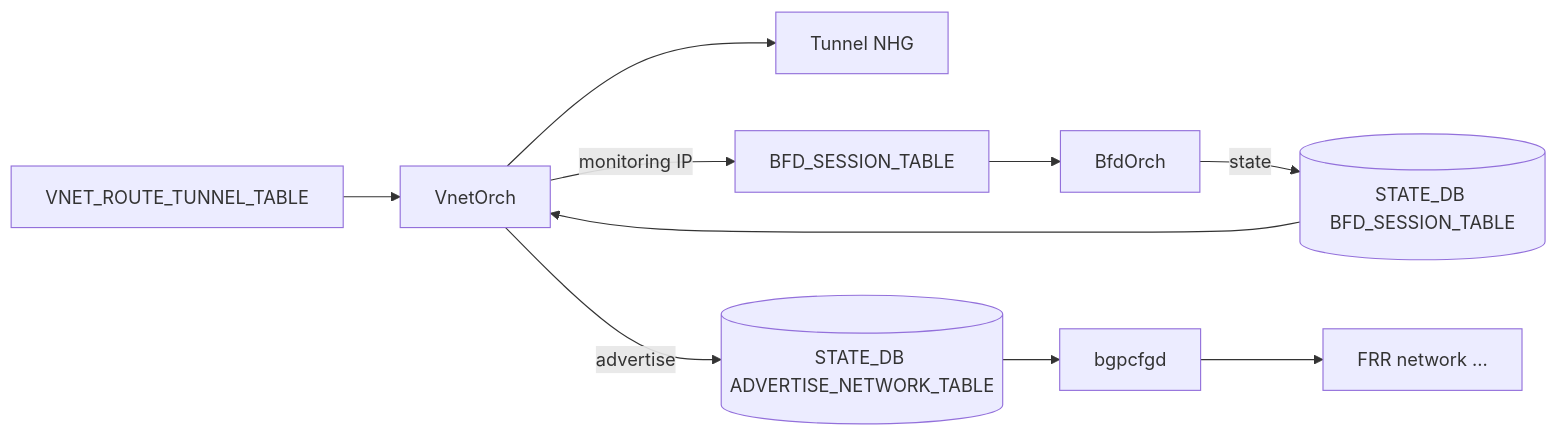
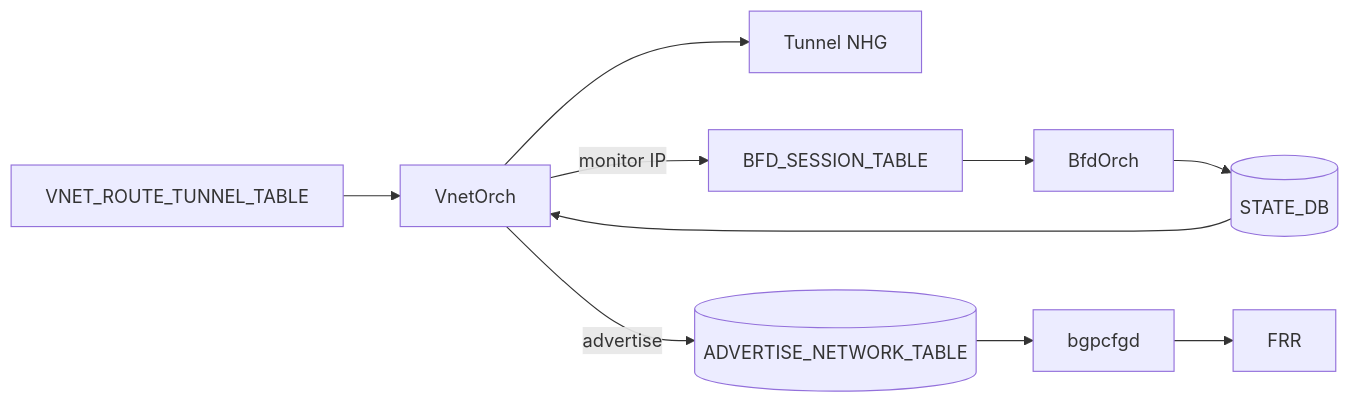
Before and after one commit to aoki-taquan/sonic-unofficial-docs: the diagram in docs/routing/overlay-ecmp-with-bfd-monitoring.md, drawn with Mermaid. The commit also changed other lines of this file and 7 other files, not shown here.

````diff
--- a/docs/routing/overlay-ecmp-with-bfd-monitoring.md
+++ b/docs/routing/overlay-ecmp-with-bfd-monitoring.md
@@ -64,12 +32,10 @@
 ```mermaid
 flowchart LR
     APP[VNET_ROUTE_TUNNEL_TABLE] --> VO[VnetOrch]
     VO --> NHG[Tunnel NHG]
-    VO -->|monitoring IP| BFD[BFD_SESSION_TABLE]
-    BFD --> BO[BfdOrch]
-    BO -->|state| SDB[(STATE_DB BFD_SESSION_TABLE)]
+    VO -->|monitor IP| BFD[BFD_SESSION_TABLE]
+    BFD --> BO[BfdOrch] --> SDB[(STATE_DB)]
     SDB --> VO
-    VO -->|advertise| ADV[(STATE_DB ADVERTISE_NETWORK_TABLE)]
-    ADV --> BGPCFGD[bgpcfgd]
-    BGPCFGD --> FRR[FRR network ...]
+    VO -->|advertise| ADV[(ADVERTISE_NETWORK_TABLE)]
+    ADV --> BGPCFGD[bgpcfgd] --> FRR
 ```
````
